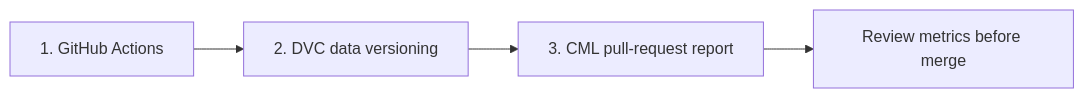
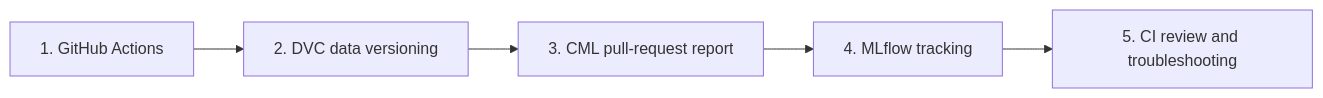
One commit to bootcampyoussef/mle-github-actions-and-cicd changed the first of 2 diagrams in README.md. Above: the diagram before and after it, drawn with Mermaid. The commit also changed other lines of this file and 2 other files, not shown here.

Commit message:
docs: add MLflow and CI review lessons

````diff
--- a/README.md
+++ b/README.md
@@ -7,6 +7,7 @@
 ```mermaid
 flowchart LR
     A["1. GitHub Actions"] --> B["2. DVC data versioning"]
     B --> C["3. CML pull-request report"]
-    C --> D["Review metrics before merge"]
+    C --> D["4. MLflow tracking"]
+    D --> E["5. CI review and troubleshooting"]
 ```
````
